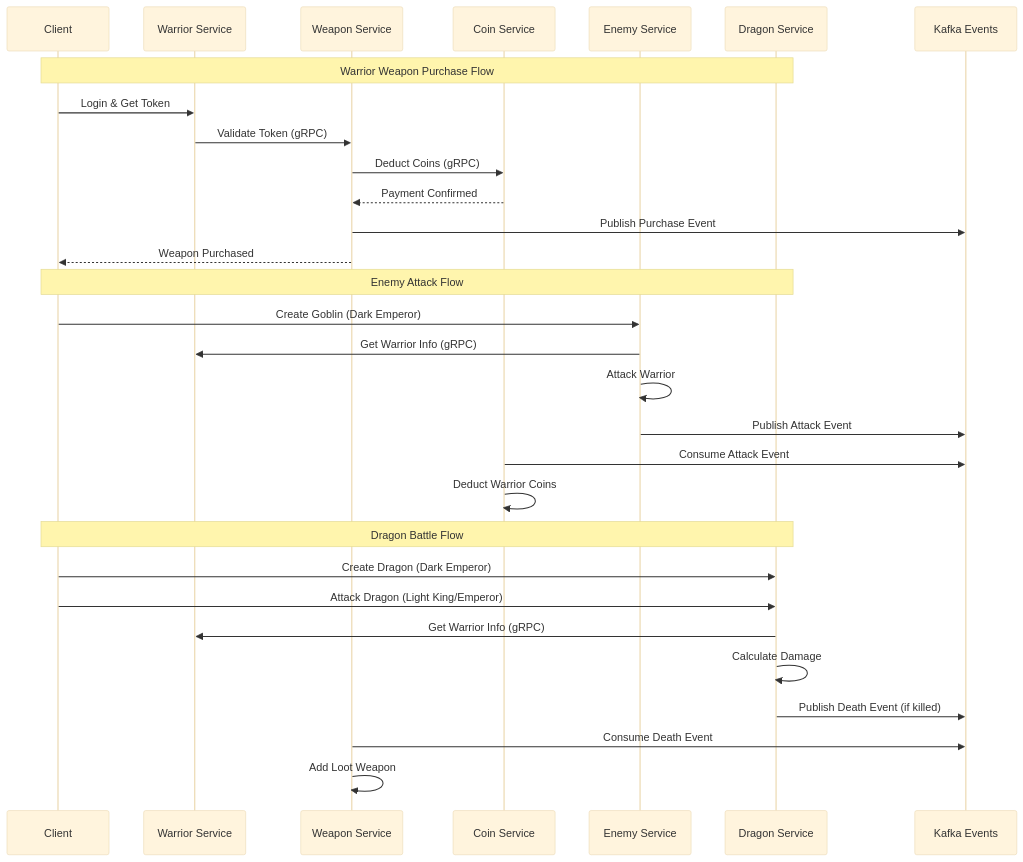
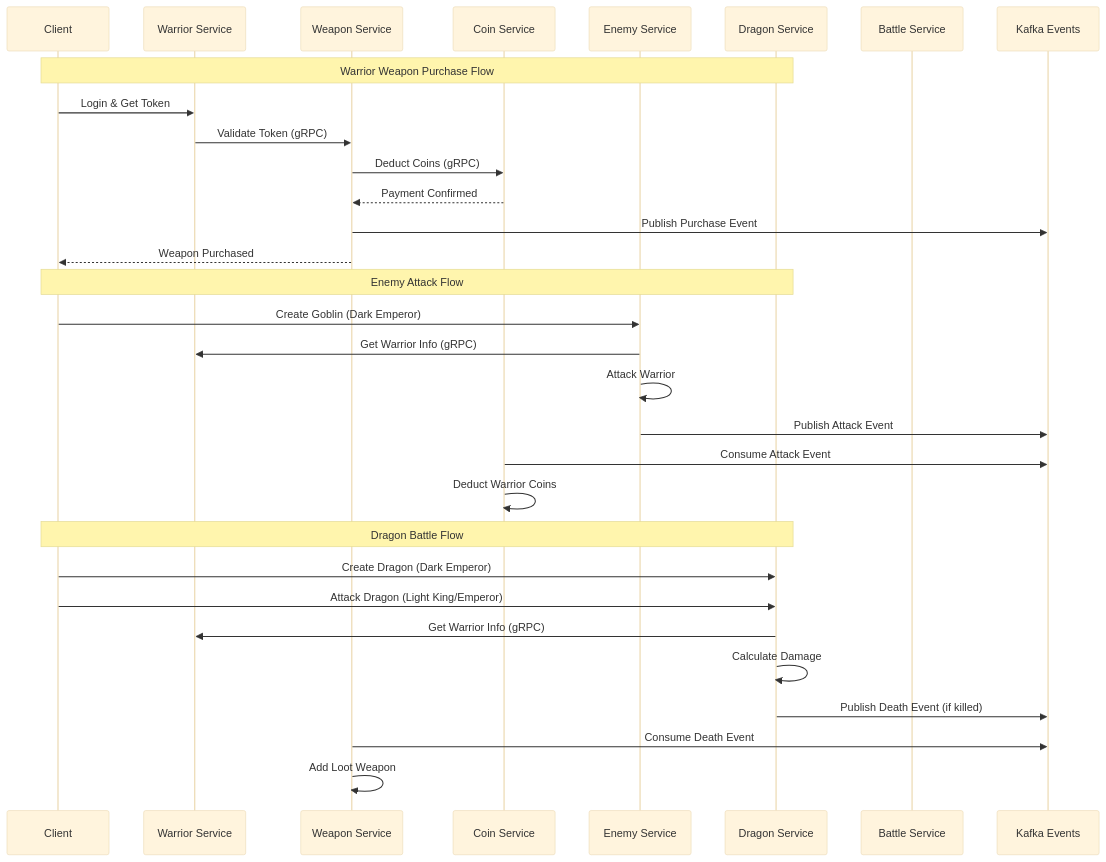
The second of 12 diagrams in README.md (tiraten-bot/network-sec-micro), drawn with Mermaid (base theme) before and after one commit.

Commit message:
Add Battle Service participant to architecture diagram in README for improved clarity and completeness.

````diff
--- a/README.md
+++ b/README.md
@@ -83,35 +83,36 @@
 ```mermaid
 sequenceDiagram
     participant Client
     participant Warrior as Warrior Service
     participant Weapon as Weapon Service
     participant Coin as Coin Service
     participant Enemy as Enemy Service
     participant Dragon as Dragon Service
+    participant Battle as Battle Service
     participant Kafka as Kafka Events
     
     Note over Client,Dragon: Warrior Weapon Purchase Flow
     Client->>Warrior: Login & Get Token
     Warrior->>Weapon: Validate Token (gRPC)
     Weapon->>Coin: Deduct Coins (gRPC)
     Coin-->>Weapon: Payment Confirmed
     Weapon->>Kafka: Publish Purchase Event
     Weapon-->>Client: Weapon Purchased
     
     Note over Client,Dragon: Enemy Attack Flow
     Client->>Enemy: Create Goblin (Dark Emperor)
     Enemy->>Warrior: Get Warrior Info (gRPC)
     Enemy->>Enemy: Attack Warrior
     Enemy->>Kafka: Publish Attack Event
     Coin->>Kafka: Consume Attack Event
     Coin->>Coin: Deduct Warrior Coins
     
     Note over Client,Dragon: Dragon Battle Flow
     Client->>Dragon: Create Dragon (Dark Emperor)
     Client->>Dragon: Attack Dragon (Light King/Emperor)
     Dragon->>Warrior: Get Warrior Info (gRPC)
     Dragon->>Dragon: Calculate Damage
     Dragon->>Kafka: Publish Death Event (if killed)
     Weapon->>Kafka: Consume Death Event
     Weapon->>Weapon: Add Loot Weapon
 ```
````
